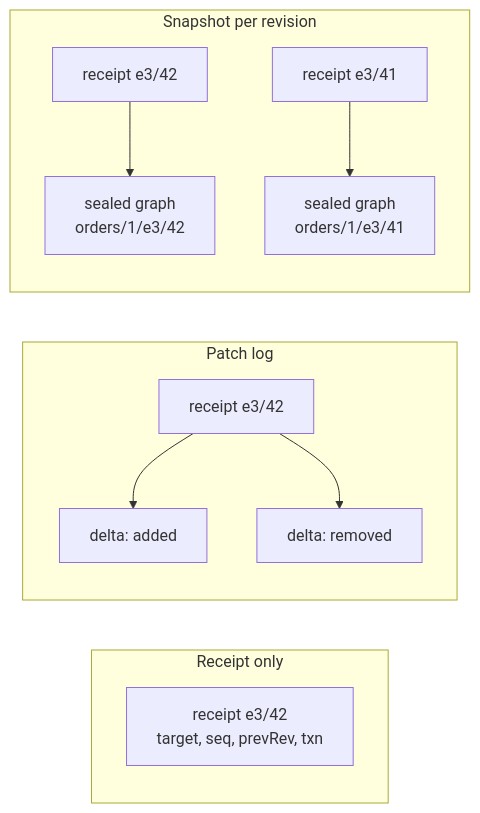
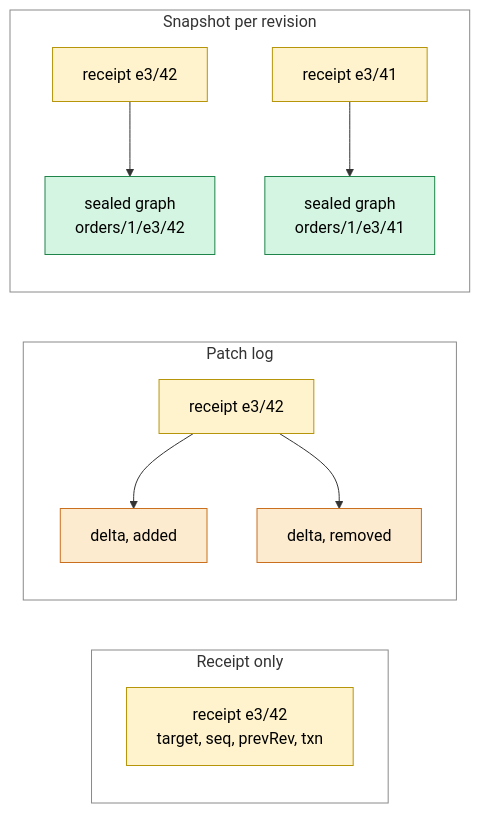
Diagram 11 of 50 in ontology/persistence/README.md (nebularis/lattice), drawn with Mermaid before and after one commit. The commit also changed other lines of this file and 9 other files, not shown here.

````diff
--- a/ontology/persistence/README.md
+++ b/ontology/persistence/README.md
@@ -1056,14 +1133,20 @@
 ```mermaid
 flowchart LR
     subgraph RO["Receipt only"]
-        R1["receipt e3/42<br/>target, seq, prevRev, txn"]
+        R1["receipt e3/42<br/>target, seq, prevRev, txn"]:::log
     end
     subgraph PL["Patch log"]
-        R2["receipt e3/42"] --> A2["delta: added"]
-        R2 --> D2["delta: removed"]
+        R2["receipt e3/42"]:::log --> A2["delta, added"]:::delta
+        R2 --> D2["delta, removed"]:::delta
     end
     subgraph SN["Snapshot per revision"]
-        R3["receipt e3/42"] --> S3["sealed graph<br/>orders/1/e3/42"]
-        R4["receipt e3/41"] --> S4["sealed graph<br/>orders/1/e3/41"]
+        R3["receipt e3/42"]:::log --> S3["sealed graph<br/>orders/1/e3/42"]:::data
+        R4["receipt e3/41"]:::log --> S4["sealed graph<br/>orders/1/e3/41"]:::data
     end
+    style RO fill:none,stroke:#8a8a8a
+    style PL fill:none,stroke:#8a8a8a
+    style SN fill:none,stroke:#8a8a8a
+    classDef data fill:#d5f5e3,stroke:#1e8449,color:#000
+    classDef log fill:#fff3cd,stroke:#b7950b,color:#000
+    classDef delta fill:#fdebd0,stroke:#ca6f1e,color:#000
 ```
````
